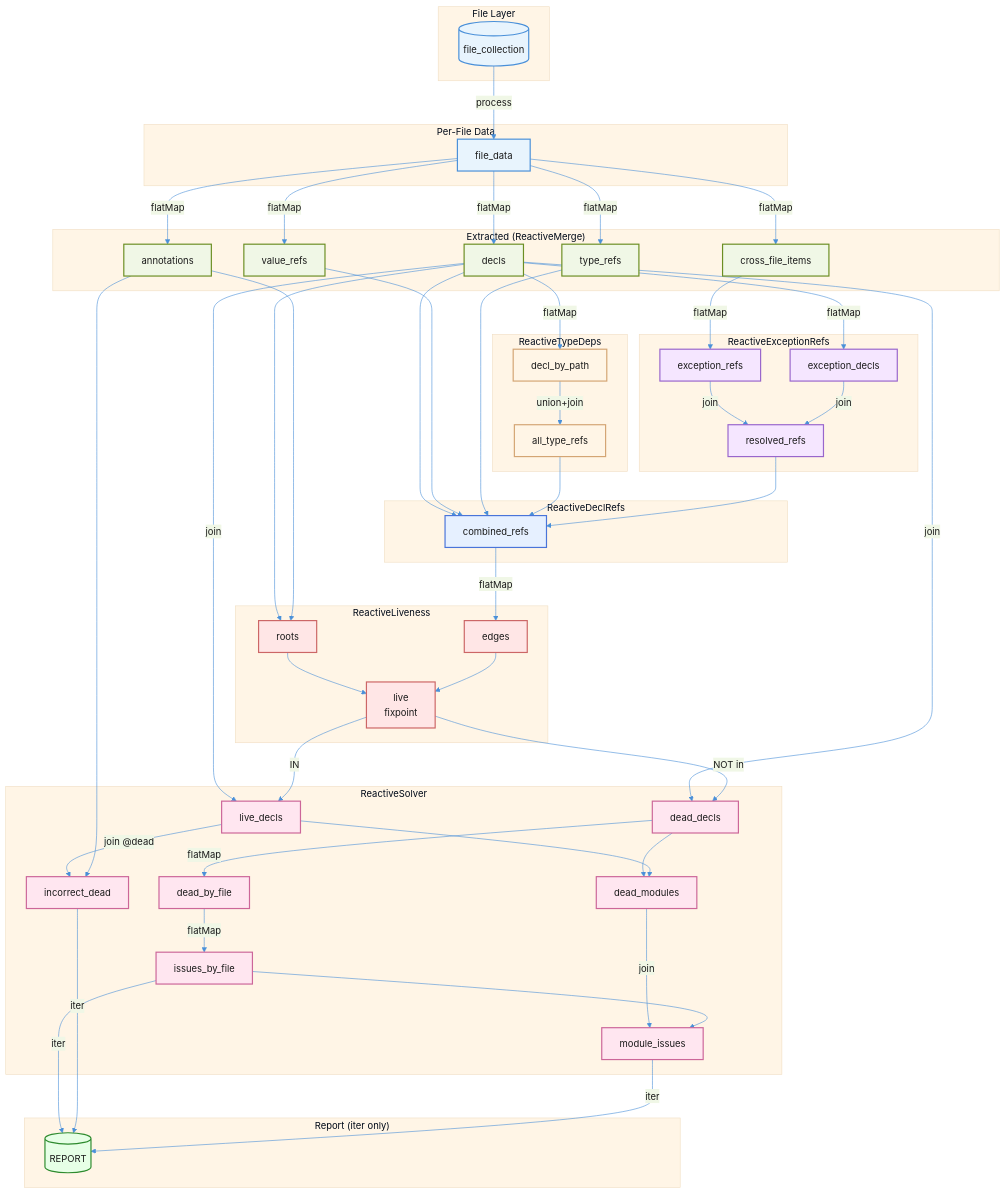
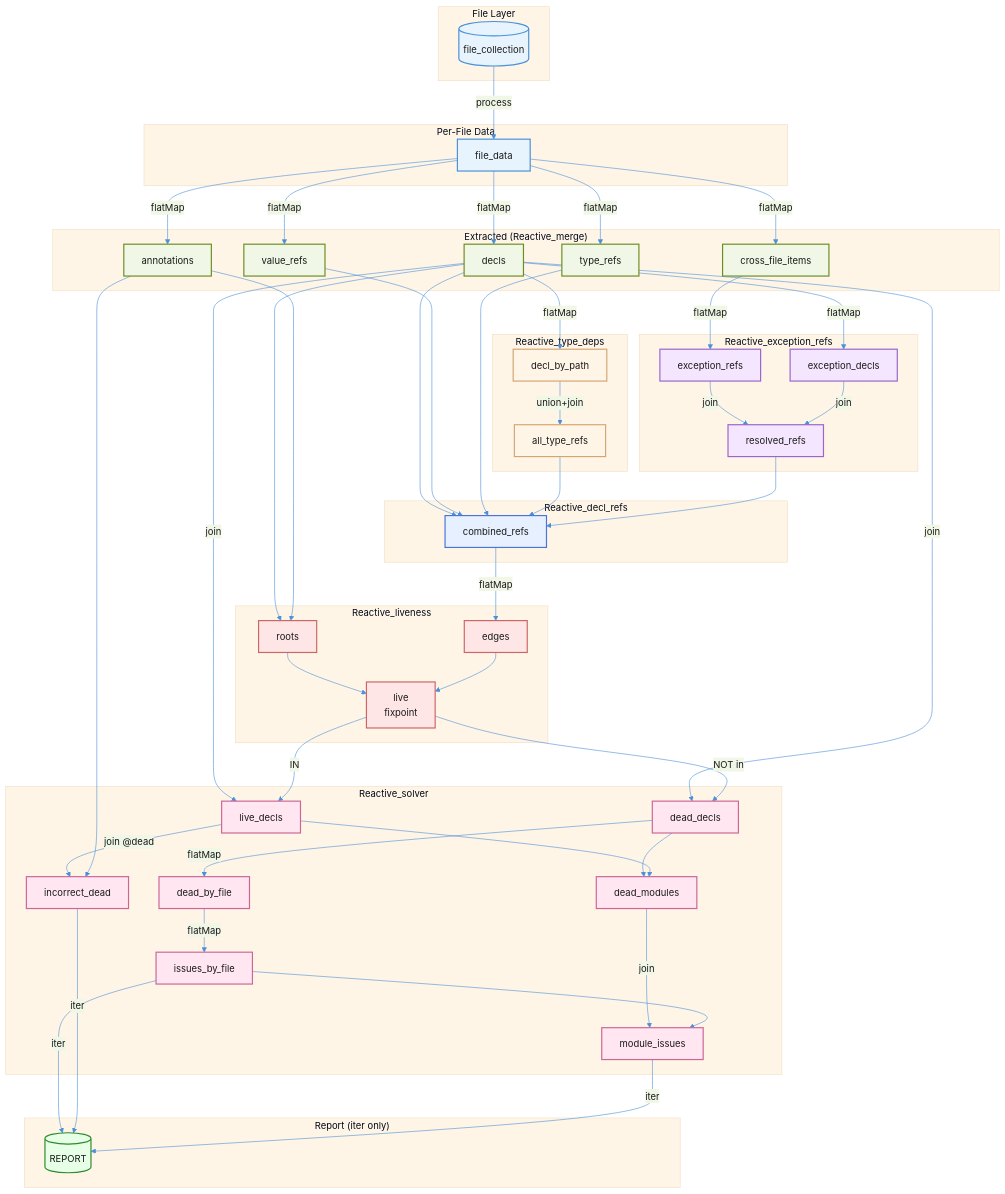
Before and after one commit to rescript-lang/rescript: the diagram in analysis/reanalyze/diagrams/reactive-pipeline.mmd, drawn with Mermaid. The commit also changed 1 other file, not shown here.

Commit message:
Label the reactive pipeline diagram with current module names
analysis/reanalyze/diagrams/reactive-pipeline.mmd labelled its subgraphs
ReactiveMerge, ReactiveTypeDeps, ReactiveExceptionRefs, ReactiveDeclRefs,
ReactiveLiveness and ReactiveSolver. The modules are Reactive_merge,
Reactive_type_deps, Reactive_exception_refs, Reactive_decl_refs,
Reactive_liveness and Reactive_solver (analysis/reanalyze/src/reactive_*.ml).

reactive-pipeline.svg is regenerated with mermaid-cli 11.12.0
(`mmdc -i reactive-pipeline.mmd -o reactive-pipeline.svg -b white`).
Rendering the previous .mmd with the same command reproduces the
previously committed .svg byte for byte, so the only change in the SVG
is the six labels and the layout they induce.
reactive-pipeline-full.mmd is printer output and carries no CamelCase
module labels.

```diff
--- a/analysis/reanalyze/diagrams/reactive-pipeline.mmd
+++ b/analysis/reanalyze/diagrams/reactive-pipeline.mmd
@@ -1,119 +1,119 @@
 %%{init: {'theme': 'base', 'themeVariables': { 'primaryColor': '#e8f4fd', 'primaryTextColor': '#1a1a1a', 'primaryBorderColor': '#4a90d9', 'lineColor': '#4a90d9', 'secondaryColor': '#f0f7e6', 'tertiaryColor': '#fff5e6'}}}%%
 flowchart TB
     subgraph FileLayer["File Layer"]
         file_collection[("file_collection")]
     end
 
     subgraph FileData["Per-File Data"]
         file_data[file_data]
     end
 
-    subgraph Extracted["Extracted (ReactiveMerge)"]
+    subgraph Extracted["Extracted (Reactive_merge)"]
         decls[decls]
         annotations[annotations]
         value_refs[value_refs]
         type_refs[type_refs]
         cross_file_items[cross_file_items]
     end
 
-    subgraph TypeDeps["ReactiveTypeDeps"]
+    subgraph TypeDeps["Reactive_type_deps"]
         decl_by_path[decl_by_path]
         all_type_refs[all_type_refs]
     end
 
-    subgraph ExcRefs["ReactiveExceptionRefs"]
+    subgraph ExcRefs["Reactive_exception_refs"]
         exception_refs[exception_refs]
         exception_decls[exception_decls]
         resolved_refs[resolved_refs]
     end
 
-    subgraph DeclRefs["ReactiveDeclRefs"]
+    subgraph DeclRefs["Reactive_decl_refs"]
         combined_refs[combined_refs]
     end
 
-    subgraph Liveness["ReactiveLiveness"]
+    subgraph Liveness["Reactive_liveness"]
         roots[roots]
         edges[edges]
         live[live<br/>fixpoint]
     end
 
-    subgraph Solver["ReactiveSolver"]
+    subgraph Solver["Reactive_solver"]
         dead_decls[dead_decls]
         live_decls[live_decls]
         dead_modules[dead_modules]
         dead_by_file[dead_by_file]
         issues_by_file[issues_by_file]
         incorrect_dead[incorrect_dead]
         module_issues[module_issues]
     end
 
     subgraph Report["Report (iter only)"]
         OUTPUT[("REPORT")]
     end
 
     file_collection -->|process| file_data
     file_data -->|flatMap| decls
     file_data -->|flatMap| annotations
     file_data -->|flatMap| value_refs
     file_data -->|flatMap| type_refs
     file_data -->|flatMap| cross_file_items
 
     decls -->|flatMap| decl_by_path
     decl_by_path -->|union+join| all_type_refs
 
     cross_file_items -->|flatMap| exception_refs
     decls -->|flatMap| exception_decls
     exception_refs -->|join| resolved_refs
     exception_decls -->|join| resolved_refs
 
     decls --> combined_refs
     value_refs --> combined_refs
     type_refs --> combined_refs
     all_type_refs --> combined_refs
     resolved_refs --> combined_refs
 
     decls --> roots
     annotations --> roots
 
     combined_refs -->|flatMap| edges
     roots --> live
     edges --> live
 
     decls -->|join| dead_decls
     live -->|NOT in| dead_decls
     decls -->|join| live_decls
     live -->|IN| live_decls
 
     dead_decls --> dead_modules
     live_decls --> dead_modules
 
     dead_decls -->|flatMap| dead_by_file
     dead_by_file -->|flatMap| issues_by_file
 
     live_decls -->|join @dead| incorrect_dead
     annotations --> incorrect_dead
 
     dead_modules -->|join| module_issues
     issues_by_file --> module_issues
 
     issues_by_file -->|iter| OUTPUT
     incorrect_dead -->|iter| OUTPUT
     module_issues -->|iter| OUTPUT
 
     classDef fileLayer fill:#e8f4fd,stroke:#4a90d9,stroke-width:2px
     classDef extracted fill:#f0f7e6,stroke:#6b8e23,stroke-width:2px
     classDef typeDeps fill:#fff5e6,stroke:#d4a574,stroke-width:2px
     classDef excDeps fill:#f5e6ff,stroke:#9966cc,stroke-width:2px
     classDef declRefs fill:#e6f0ff,stroke:#4a74d9,stroke-width:2px
     classDef liveness fill:#ffe6e6,stroke:#cc6666,stroke-width:2px
     classDef solver fill:#ffe6f0,stroke:#cc6699,stroke-width:2px
     classDef output fill:#e6ffe6,stroke:#2e8b2e,stroke-width:2px
 
     class file_collection,file_data fileLayer
     class decls,annotations,value_refs,type_refs,cross_file_items extracted
     class decl_by_path,all_type_refs typeDeps
     class exception_refs,exception_decls,resolved_refs excDeps
     class combined_refs declRefs
     class roots,edges,live liveness
     class dead_decls,live_decls,dead_modules,dead_by_file,issues_by_file,incorrect_dead,module_issues solver
     class OUTPUT output
```
